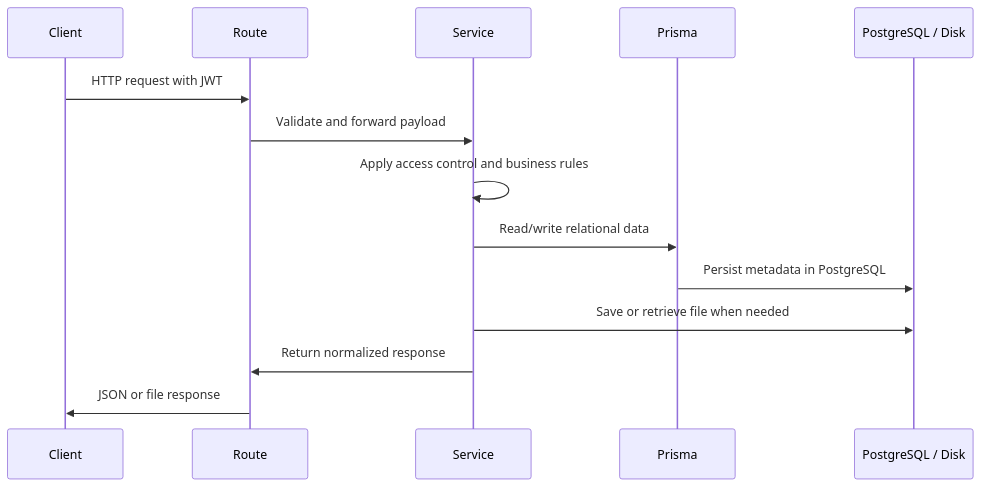
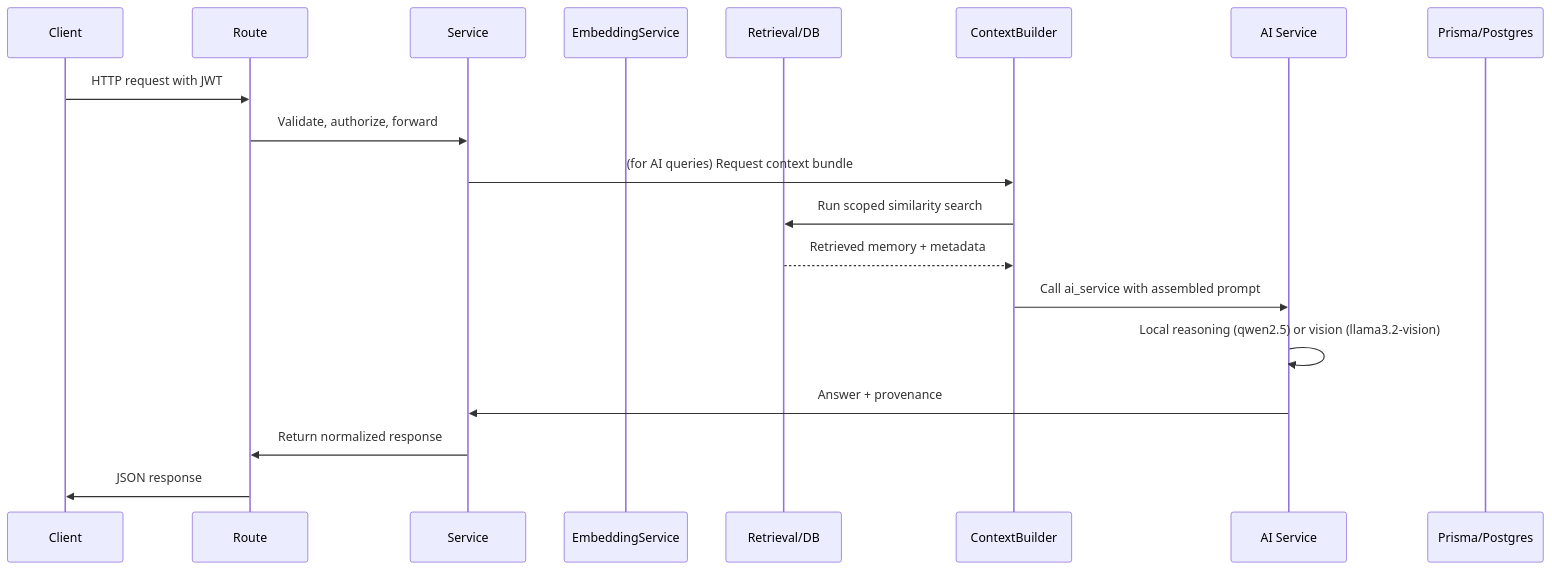
The first of 14 diagrams in backend/backend.md (Dipurajasaha/DocTalk), drawn with Mermaid before and after one commit. The commit also changed other lines of this file and 11 other files, not shown here.

````diff
--- a/backend/backend.md
+++ b/backend/backend.md
@@ -323,17 +229,22 @@
 ```mermaid
 sequenceDiagram
     participant C as Client
     participant R as Route
     participant S as Service
-    participant P as Prisma
-    participant D as PostgreSQL / Disk
+    participant E as EmbeddingService
+    participant RB as Retrieval/DB
+    participant CB as ContextBuilder
+    participant AI as AI Service
+    participant P as Prisma/Postgres
 
     C->>R: HTTP request with JWT
-    R->>S: Validate and forward payload
-    S->>S: Apply access control and business rules
-    S->>P: Read/write relational data
-    P->>D: Persist metadata in PostgreSQL
-    S->>D: Save or retrieve file when needed
+    R->>S: Validate, authorize, forward
+    S->>CB: (for AI queries) Request context bundle
+    CB->>RB: Run scoped similarity search
+    RB-->>CB: Retrieved memory + metadata
+    CB->>AI: Call ai_service with assembled prompt
+    AI->>AI: Local reasoning (qwen2.5) or vision (llama3.2-vision)
+    AI->>S: Answer + provenance
     S->>R: Return normalized response
-    R->>C: JSON or file response
+    R->>C: JSON response
 ```
````
